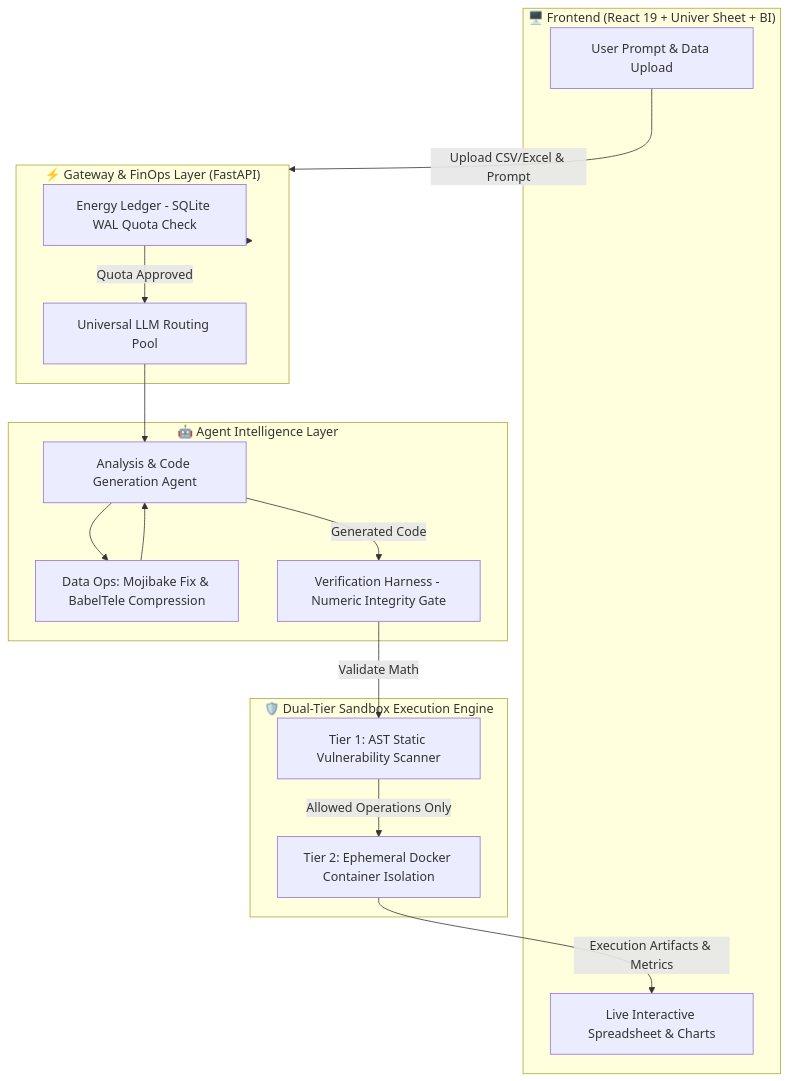
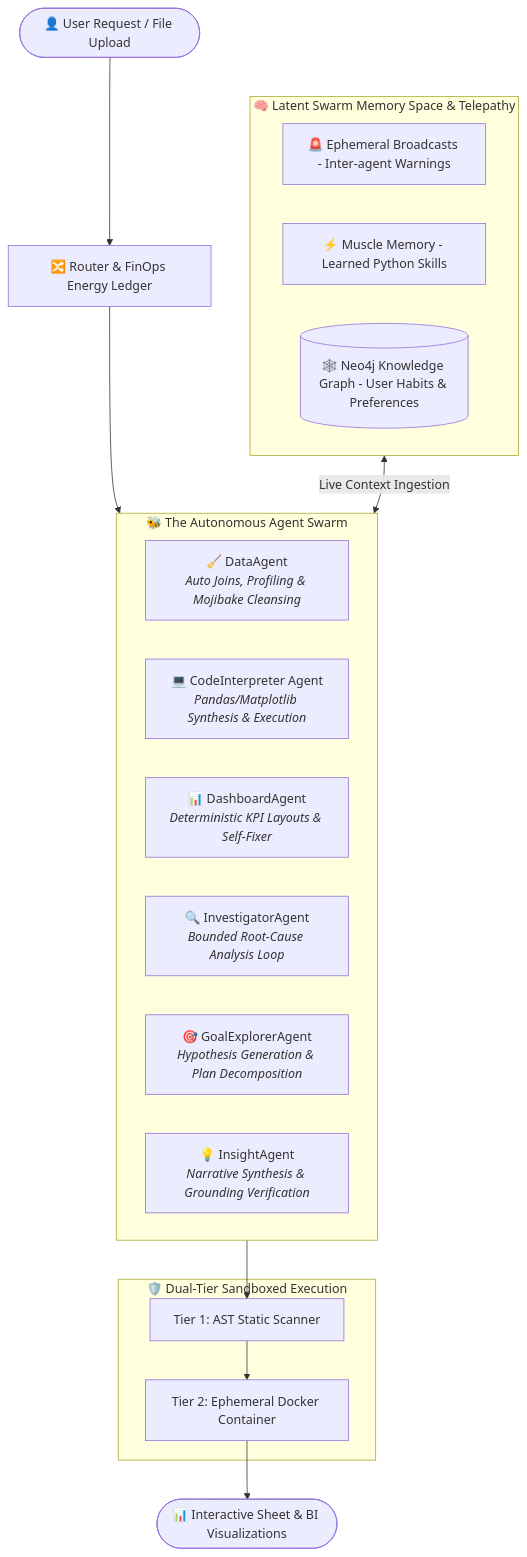
One commit to cuongtt0201/graphsheet-ai-analyst changed the diagram in README.md. Above: the diagram before and after it, drawn with Mermaid. The commit also changed other lines of this file, not shown here.

Commit message:
docs: Highlight Multi-Agent Swarm Intelligence and Telepathy architecture

````diff
--- a/README.md
+++ b/README.md
@@ -46,34 +35,29 @@
 ```mermaid
 flowchart TD
-    subgraph Client["🖥️ Frontend (React 19 + Univer Sheet + BI)"]
-        UI[User Prompt & Data Upload]
-        Sheet[Live Interactive Spreadsheet & Charts]
+    User([👤 User Request / File Upload]) --> Router[🔀 Router & FinOps Energy Ledger]
+    
+    subgraph SwarmHub["🧠 Latent Swarm Memory Space & Telepathy"]
+        Broadcast[🚨 Ephemeral Broadcasts - Inter-agent Warnings]
+        SkillsMem[⚡ Muscle Memory - Learned Python Skills]
+        GraphMem[(🕸️ Neo4j Knowledge Graph - User Habits & Preferences)]
     end
 
-    subgraph Gateway["⚡ Gateway & FinOps Layer (FastAPI)"]
-        Energy[Energy Ledger - SQLite WAL Quota Check]
-        Router[Universal LLM Routing Pool]
+    subgraph AgentSwarm["🐝 The Autonomous Agent Swarm"]
+        DataAgent["🧹 DataAgent<br/><i>Auto Joins, Profiling & Mojibake Cleansing</i>"]
+        CodeAgent["💻 CodeInterpreter Agent<br/><i>Pandas/Matplotlib Synthesis & Execution</i>"]
+        DashboardAgent["📊 DashboardAgent<br/><i>Deterministic KPI Layouts & Self-Fixer</i>"]
+        Investigator["🔍 InvestigatorAgent<br/><i>Bounded Root-Cause Analysis Loop</i>"]
+        GoalExplorer["🎯 GoalExplorerAgent<br/><i>Hypothesis Generation & Plan Decomposition</i>"]
+        InsightAgent["💡 InsightAgent<br/><i>Narrative Synthesis & Grounding Verification</i>"]
     end
 
-    subgraph AgentSwarm["🤖 Agent Intelligence Layer"]
-        Planner[Analysis & Code Generation Agent]
-        DataOps[Data Ops: Mojibake Fix & BabelTele Compression]
-        Harness[Verification Harness - Numeric Integrity Gate]
+    subgraph ExecutionSecurity["🛡️ Dual-Tier Sandboxed Execution"]
+        AST[Tier 1: AST Static Scanner]
+        DockerBox[Tier 2: Ephemeral Docker Container]
     end
 
-    subgraph Security["🛡️ Dual-Tier Sandbox Execution Engine"]
-        AST[Tier 1: AST Static Vulnerability Scanner]
-        DockerBox[Tier 2: Ephemeral Docker Container Isolation]
-    end
-
-    UI -->|Upload CSV/Excel & Prompt| Gateway
-    Gateway --> Energy
-    Energy -->|Quota Approved| Router
-    Router --> Planner
-    Planner --> DataOps
-    DataOps --> Planner
-    Planner -->|Generated Code| Harness
-    Harness -->|Validate Math| AST
-    AST -->|Allowed Operations Only| DockerBox
-    DockerBox -->|Execution Artifacts & Metrics| Sheet
+    Router --> AgentSwarm
+    SwarmHub <-->|Live Context Ingestion| AgentSwarm
+    AgentSwarm --> AST --> DockerBox
+    DockerBox --> Output([📊 Interactive Sheet & BI Visualizations])
 ```
````
